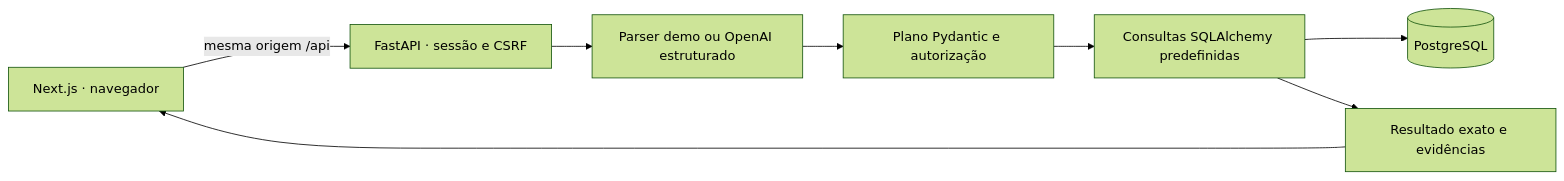
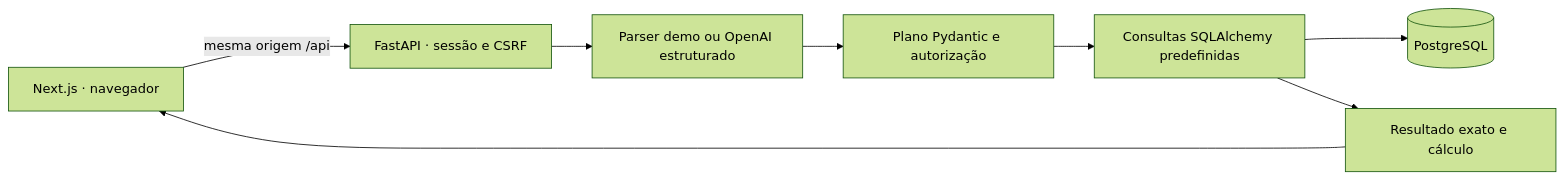
Before and after one commit to arthurjoanes/loja-assistente: the diagram in docs/architecture.md, drawn with Mermaid (forest theme). The commit also changed other lines of this file and 18 other files, not shown here.

````diff
--- a/docs/architecture.md
+++ b/docs/architecture.md
@@ -17,10 +17,10 @@
 ```mermaid
 flowchart LR
   UI[Next.js · navegador] -->|mesma origem /api| API[FastAPI · sessão e CSRF]
   API --> I[Parser demo ou OpenAI estruturado]
   I --> V[Plano Pydantic e autorização]
   V --> Q[Consultas SQLAlchemy predefinidas]
   Q --> DB[(PostgreSQL)]
-  Q --> R[Resultado exato e evidências]
+  Q --> R[Resultado exato e cálculo]
   R --> UI
 ```
````
